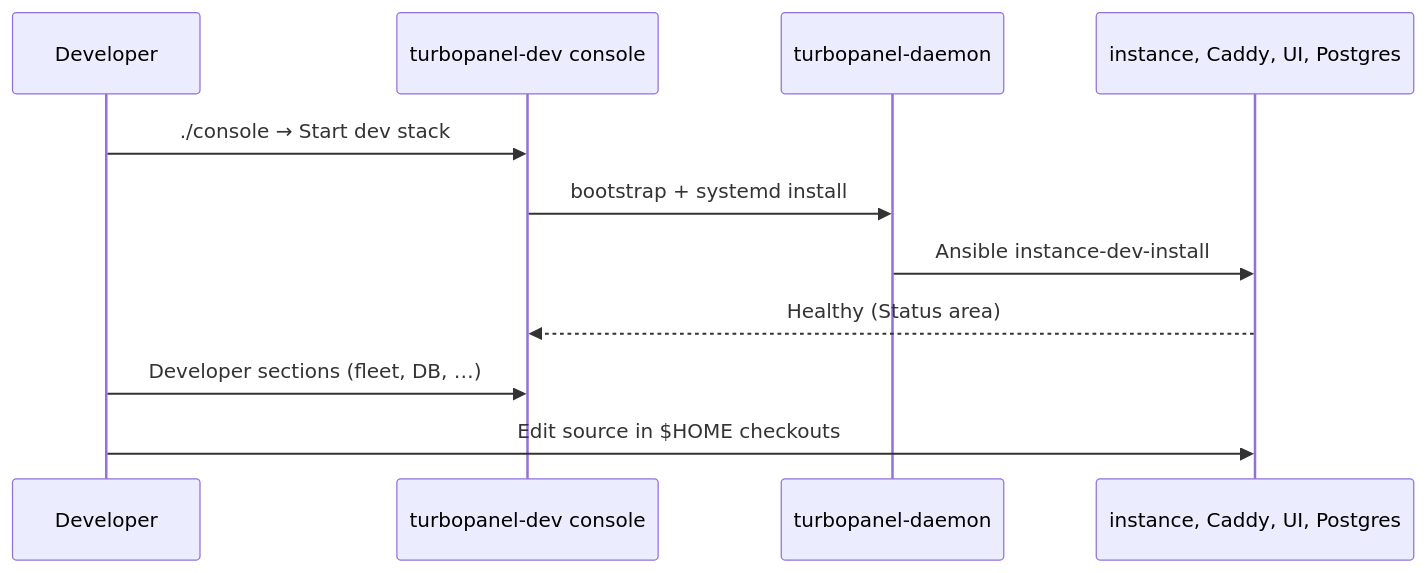
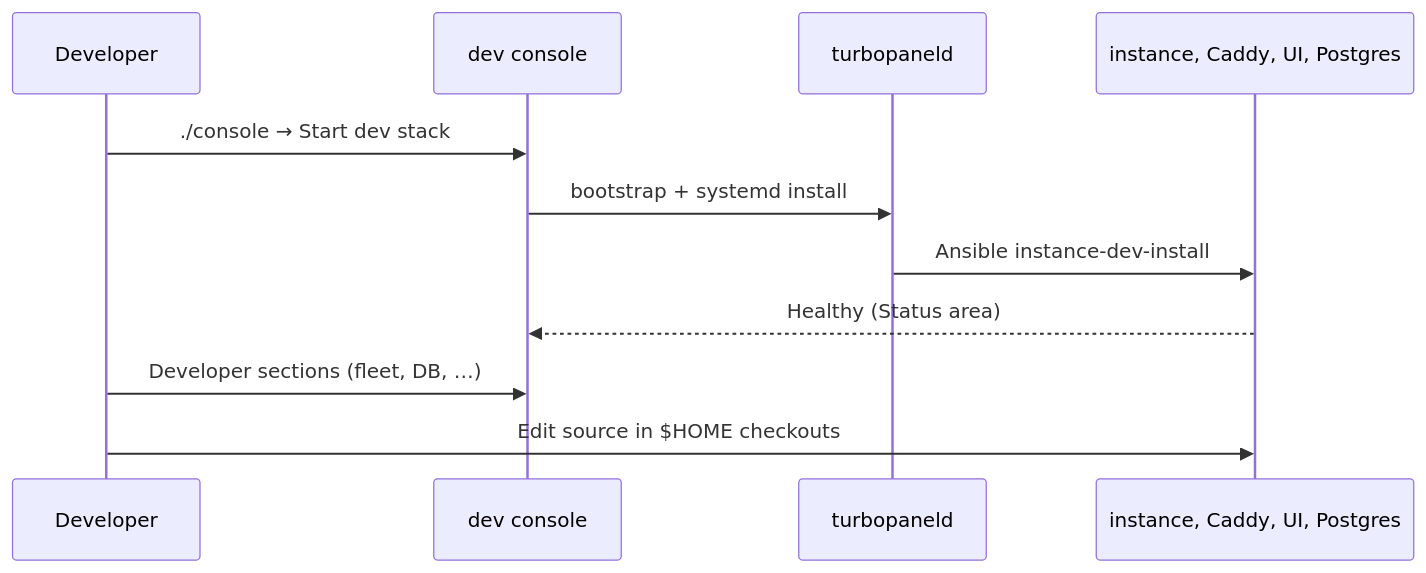
One commit to TurboPanel/website changed the diagram in docs/getting-started/development.mdx. Above: the diagram before and after it, drawn with Mermaid. The commit also changed other lines of this file and 13 other files, not shown here.

Commit message:
Update documentation to reflect repository name changes and clarify development setup instructions. Replace references to `turbopanel-dev` with `dev` and `turbopanel-daemon` with `turbopaneld` for consistency across various documentation files.

````diff
--- a/docs/getting-started/development.mdx
+++ b/docs/getting-started/development.mdx
@@ -144,14 +144,14 @@
 ```mermaid
 sequenceDiagram
     participant Dev as Developer
-    participant Console as turbopanel-dev console
-    participant Daemon as turbopanel-daemon
+    participant Console as dev console
+    participant Daemon as turbopaneld
     participant Services as instance, Caddy, UI, Postgres
 
     Dev->>Console: ./console → Start dev stack
     Console->>Daemon: bootstrap + systemd install
     Daemon->>Services: Ansible instance-dev-install
     Services-->>Console: Healthy (Status area)
     Dev->>Console: Developer sections (fleet, DB, …)
     Dev->>Services: Edit source in $HOME checkouts
 ```
````
